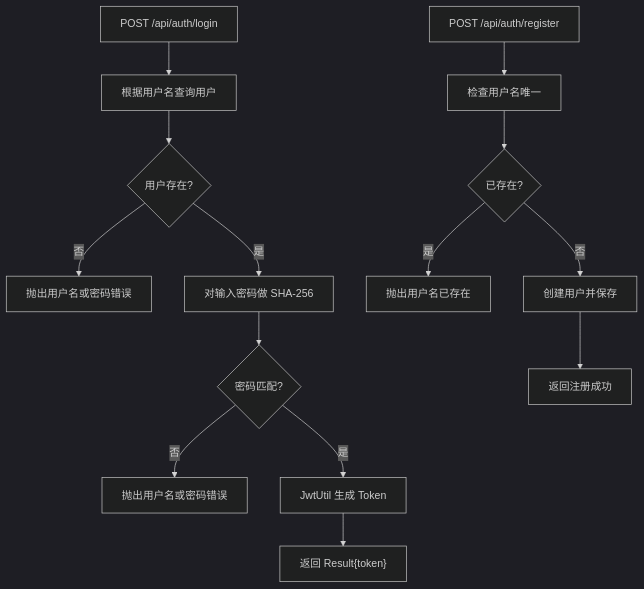
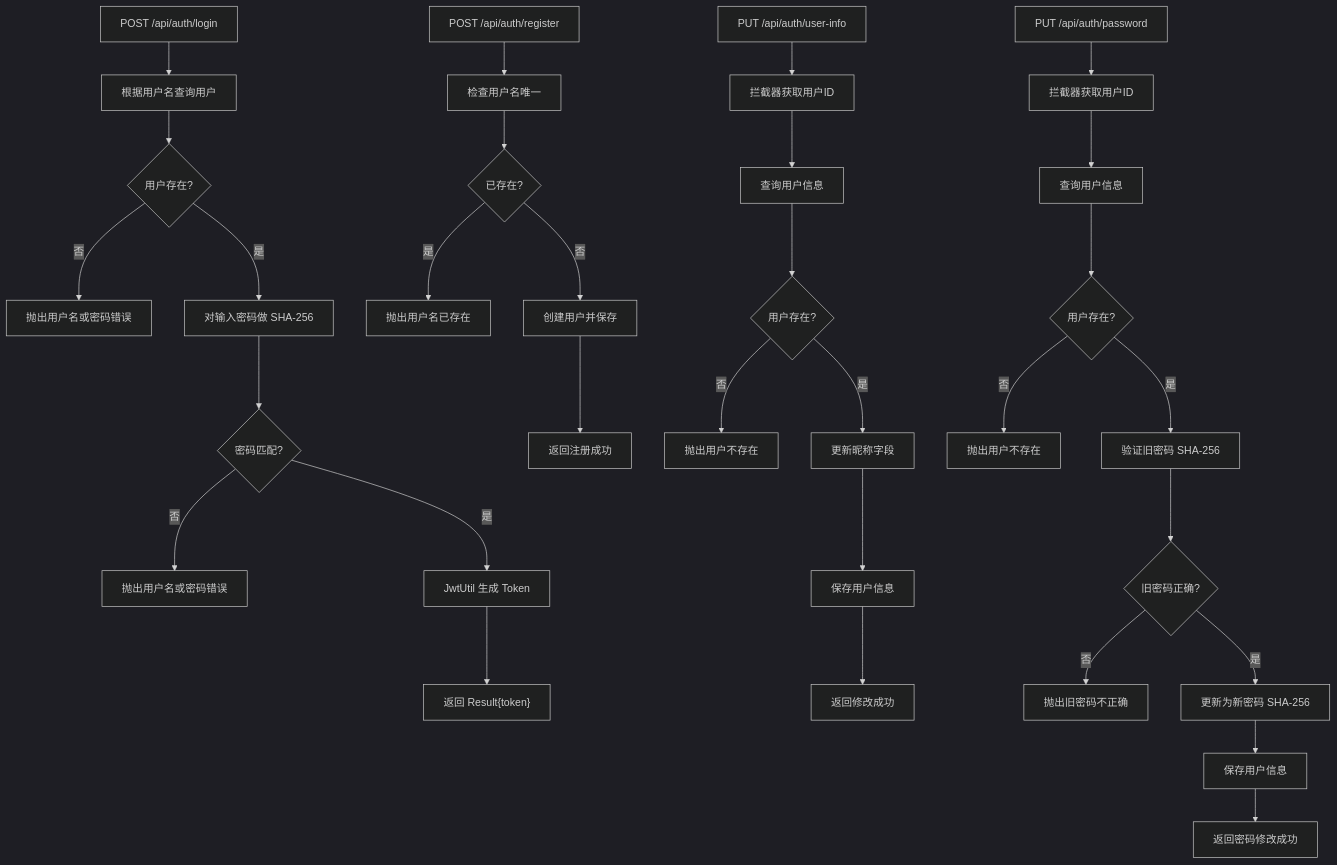
Before and after one commit to junjiechen66/newWorld: the fifth of 6 diagrams in .qoder/repowiki/zh/content/API接口文档/认证接口.md, drawn with Mermaid (dark theme). The commit also changed other lines of this file and 70 other files, not shown here.

````diff
--- a/.qoder/repowiki/zh/content/API接口文档/认证接口.md
+++ b/.qoder/repowiki/zh/content/API接口文档/认证接口.md
@@ -267,16 +302,33 @@
 ```mermaid
 flowchart TD
 LStart["POST /api/auth/login"] --> FindUser["根据用户名查询用户"]
 FindUser --> Exists{"用户存在?"}
 Exists --> |否| ErrUE["抛出用户名或密码错误"]
 Exists --> |是| HashPwd["对输入密码做 SHA-256"]
 HashPwd --> Match{"密码匹配?"}
 Match --> |否| ErrPE["抛出用户名或密码错误"]
 Match --> |是| GenToken["JwtUtil 生成 Token"]
 GenToken --> LEnd["返回 Result{token}"]
 RStart["POST /api/auth/register"] --> CheckDup["检查用户名唯一"]
 CheckDup --> Dup{"已存在?"}
 Dup --> |是| ErrDup["抛出用户名已存在"]
 Dup --> |否| SaveUser["创建用户并保存"]
 SaveUser --> REnd["返回注册成功"]
+UIStart["PUT /api/auth/user-info"] --> GetUID["拦截器获取用户ID"]
+GetUID --> LoadUser["查询用户信息"]
+LoadUser --> UserExists{"用户存在?"}
+UserExists --> |否| ErrUser["抛出用户不存在"]
+UserExists --> |是| UpdateNick["更新昵称字段"]
+UpdateNick --> SaveUser2["保存用户信息"]
+SaveUser2 --> UIEnd["返回修改成功"]
+CPStart["PUT /api/auth/password"] --> GetUID2["拦截器获取用户ID"]
+GetUID2 --> LoadUser2["查询用户信息"]
+LoadUser2 --> UserExists2{"用户存在?"}
+UserExists2 --> |否| ErrUser2["抛出用户不存在"]
+UserExists2 --> |是| HashOld["验证旧密码 SHA-256"]
+HashOld --> OldMatch{"旧密码正确?"}
+OldMatch --> |否| ErrOld["抛出旧密码不正确"]
+OldMatch --> |是| UpdatePass["更新为新密码 SHA-256"]
+UpdatePass --> SaveUser3["保存用户信息"]
+SaveUser3 --> CPEnd["返回密码修改成功"]
 ```
````
